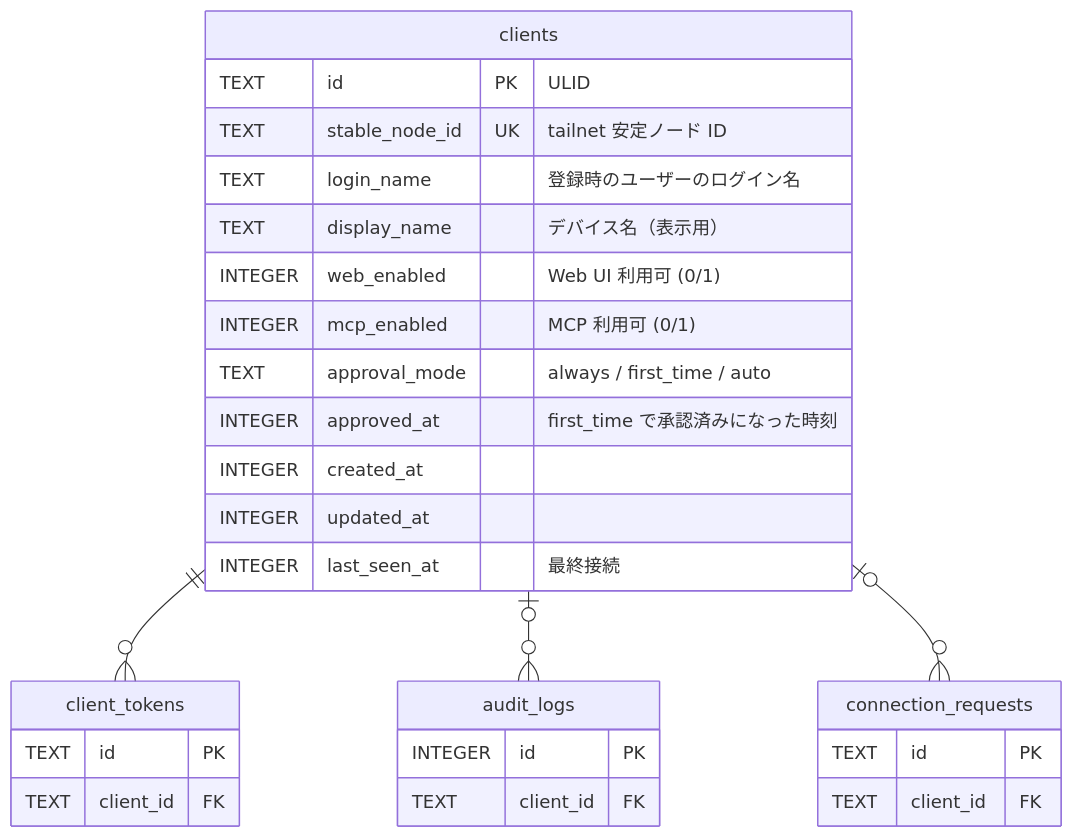
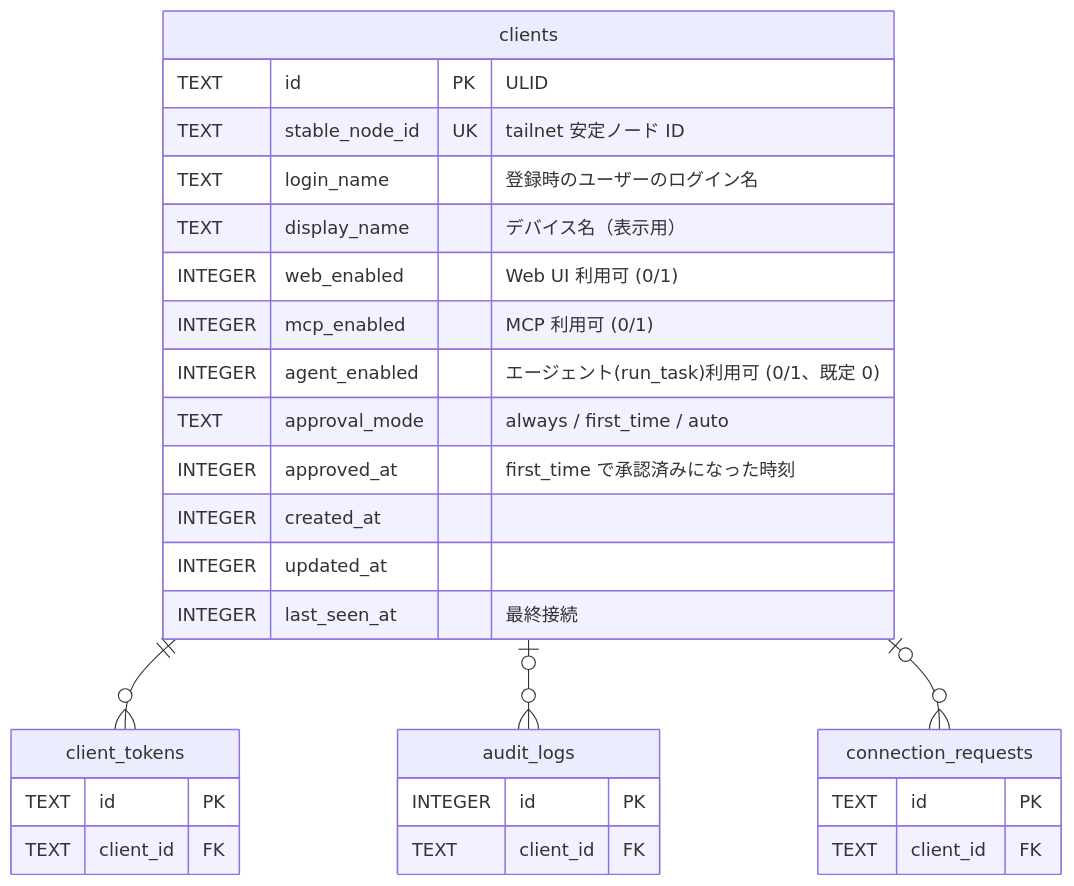
The second of 8 diagrams in docs/architecture/er.md (ousiassllc/puppet-remo), drawn with Mermaid before and after one commit. The commit also changed other lines of this file and 4 other files, not shown here.

````diff
--- a/docs/architecture/er.md
+++ b/docs/architecture/er.md
@@ -47,31 +51,32 @@
 ```mermaid
 erDiagram
     clients {
         TEXT id PK "ULID"
         TEXT stable_node_id UK "tailnet 安定ノード ID"
         TEXT login_name "登録時のユーザーのログイン名"
         TEXT display_name "デバイス名（表示用）"
         INTEGER web_enabled "Web UI 利用可 (0/1)"
         INTEGER mcp_enabled "MCP 利用可 (0/1)"
+        INTEGER agent_enabled "エージェント(run_task)利用可 (0/1、既定 0)"
         TEXT approval_mode "always / first_time / auto"
         INTEGER approved_at "first_time で承認済みになった時刻"
         INTEGER created_at
         INTEGER updated_at
         INTEGER last_seen_at "最終接続"
     }
     client_tokens {
         TEXT id PK
         TEXT client_id FK
     }
     audit_logs {
         INTEGER id PK
         TEXT client_id FK
     }
     connection_requests {
         TEXT id PK
         TEXT client_id FK
     }
     clients ||--o{ client_tokens : ""
     clients |o--o{ audit_logs : ""
     clients |o--o{ connection_requests : ""
 ```
````
